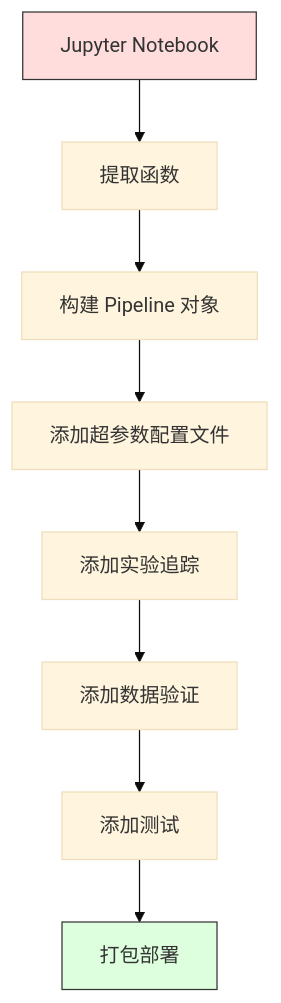
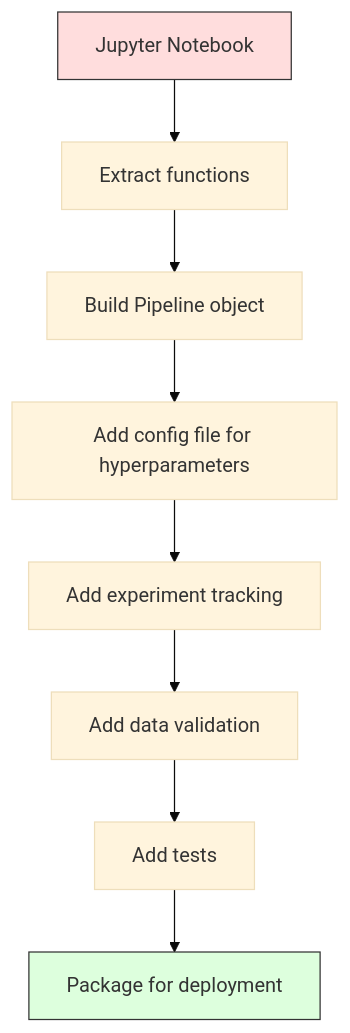
The second of 2 diagrams in i18n/zh/phases/02-ml-fundamentals/13-ml-pipelines/docs/zh.md (xiaojiaenen/ai-engineering-from-scratch-zh), drawn with Mermaid (base theme) before and after one commit. The commit also changed other lines of this file and 18 other files, not shown here.

````diff
--- a/i18n/zh/phases/02-ml-fundamentals/13-ml-pipelines/docs/zh.md
+++ b/i18n/zh/phases/02-ml-fundamentals/13-ml-pipelines/docs/zh.md
@@ -225,13 +225,13 @@
 ```mermaid
 flowchart TD
-    A[Jupyter Notebook] --> B[提取函数]
-    B --> C[构建 Pipeline 对象]
-    C --> D[添加超参数配置文件]
-    D --> E[添加实验追踪]
-    E --> F[添加数据验证]
-    F --> G[添加测试]
-    G --> H[打包部署]
+    A[Jupyter Notebook] --> B[Extract functions]
+    B --> C[Build Pipeline object]
+    C --> D[Add config file for hyperparameters]
+    D --> E[Add experiment tracking]
+    E --> F[Add data validation]
+    F --> G[Add tests]
+    G --> H[Package for deployment]
 
     style A fill:#fdd,stroke:#333
     style H fill:#dfd,stroke:#333
 ```
````
